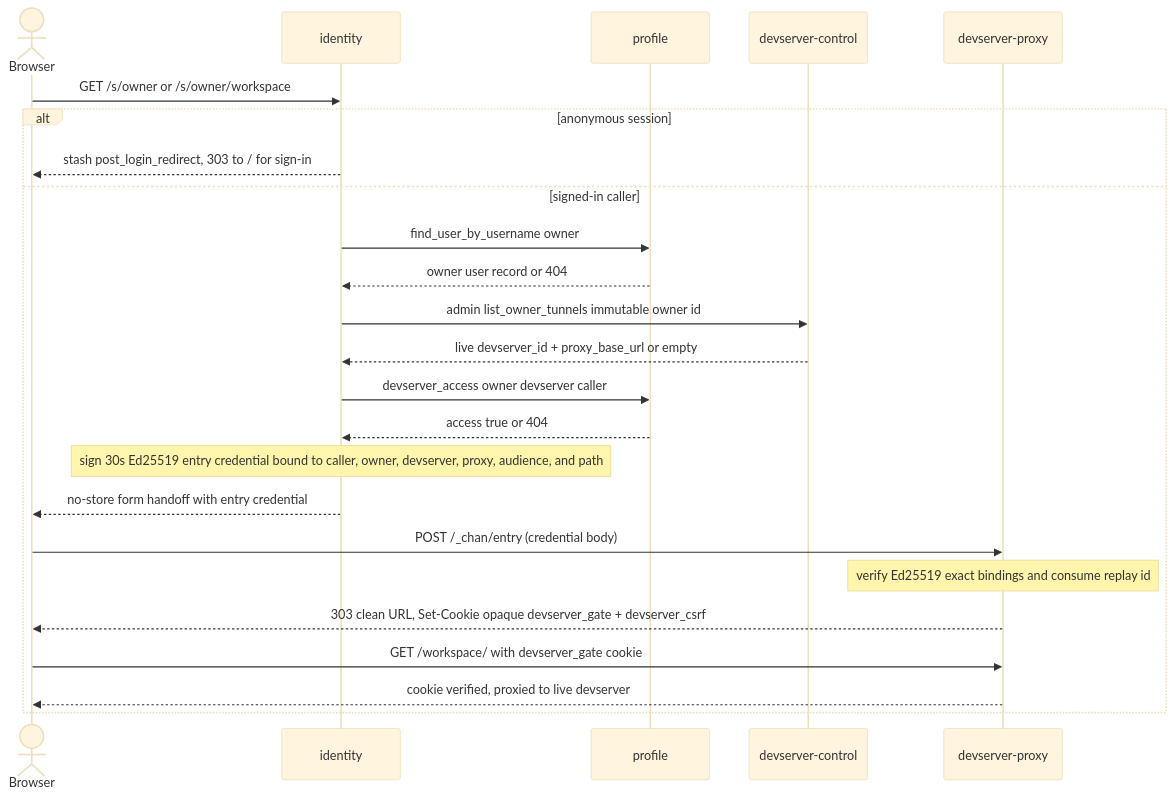
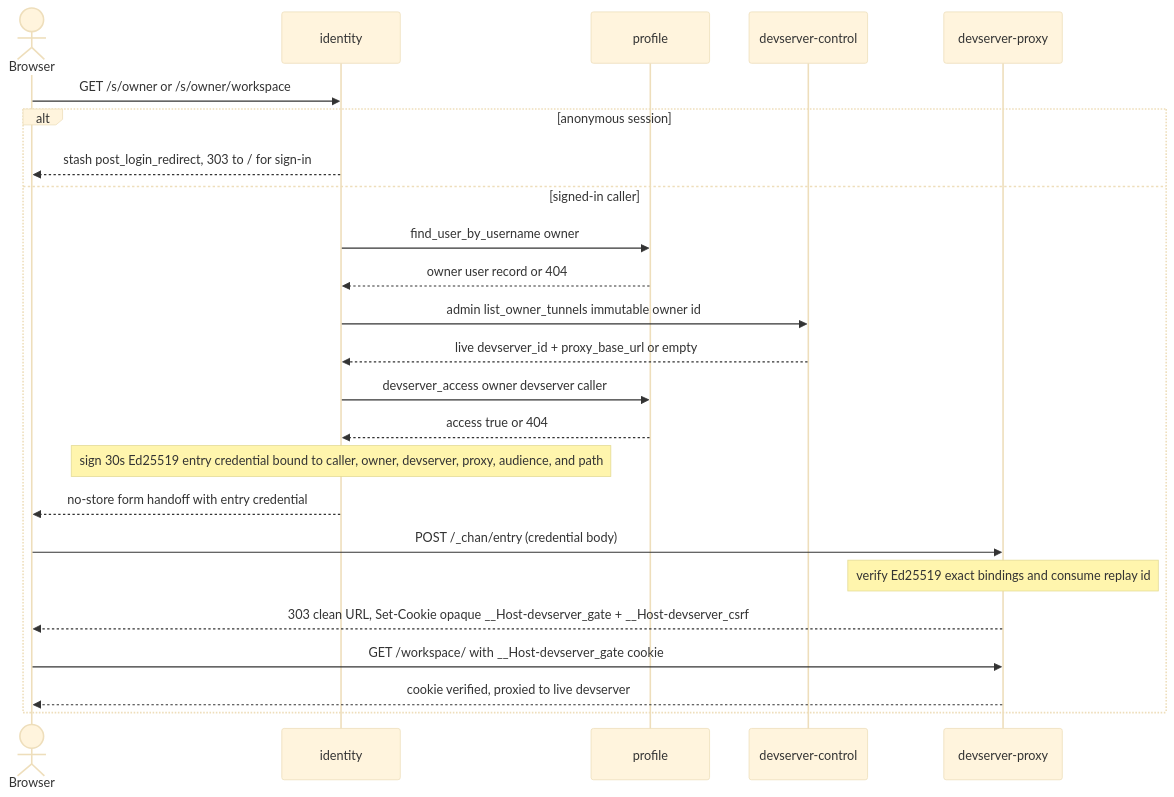
One commit to likewhatevs/chan changed the second of 2 diagrams in gateway/crates/identity/design.md. Above: the diagram before and after it, drawn with Mermaid (base theme). The commit also changed other lines of this file and 22 other files, not shown here.

````diff
--- a/gateway/crates/identity/design.md
+++ b/gateway/crates/identity/design.md
@@ -117,27 +117,27 @@
 ```mermaid
 sequenceDiagram
     actor Browser
     participant ID as identity
     participant Profile as profile
     participant Control as devserver-control
     participant Proxy as devserver-proxy
 
     Browser->>ID: GET /s/owner or /s/owner/workspace
     alt anonymous session
         ID-->>Browser: stash post_login_redirect, 303 to / for sign-in
     else signed-in caller
         ID->>Profile: find_user_by_username owner
         Profile-->>ID: owner user record or 404
         ID->>Control: admin list_owner_tunnels immutable owner id
         Control-->>ID: live devserver_id + proxy_base_url or empty
         ID->>Profile: devserver_access owner devserver caller
         Profile-->>ID: access true or 404
         Note over ID: sign 30s Ed25519 entry credential bound to caller, owner, devserver, proxy, audience, and path
         ID-->>Browser: no-store form handoff with entry credential
         Browser->>Proxy: POST /_chan/entry (credential body)
         Note over Proxy: verify Ed25519 exact bindings and consume replay id
-        Proxy-->>Browser: 303 clean URL, Set-Cookie opaque devserver_gate + devserver_csrf
-        Browser->>Proxy: GET /workspace/ with devserver_gate cookie
+        Proxy-->>Browser: 303 clean URL, Set-Cookie opaque __Host-devserver_gate + __Host-devserver_csrf
+        Browser->>Proxy: GET /workspace/ with __Host-devserver_gate cookie
         Proxy-->>Browser: cookie verified, proxied to live devserver
     end
 ```
````
